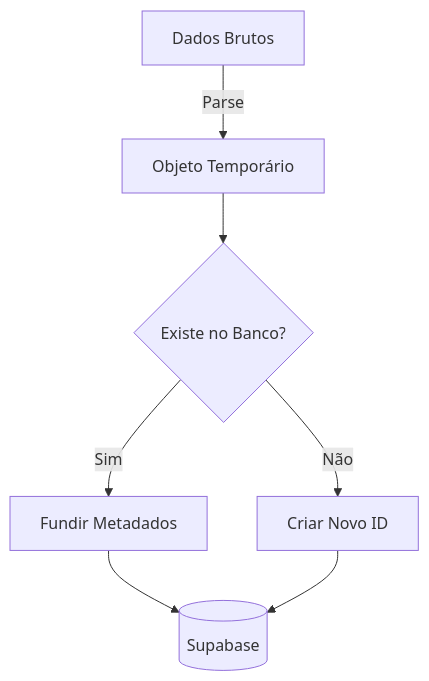
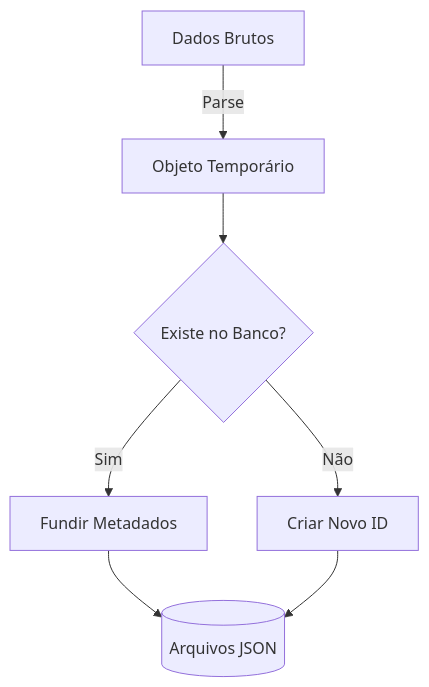
The second of 3 diagrams in docs/2 - implementacao/SI1-2 - identification/SI2-Analise.md (ifesserra-lab/horizon_dashboard), drawn with Mermaid before and after one commit. The commit also changed other lines of this file and 7 other files, not shown here.

````diff
--- a/docs/2 - implementacao/SI1-2 - identification/SI2-Analise.md
+++ b/docs/2 - implementacao/SI1-2 - identification/SI2-Analise.md
@@ -53,9 +52,9 @@
 ```mermaid
 flowchart TD
     Raw[Dados Brutos] -->|Parse| Staging[Objeto Temporário]
     Staging --> Match{Existe no Banco?}
     Match -->|Sim| Merge[Fundir Metadados]
     Match -->|Não| Create[Criar Novo ID]
-    Merge --> Persist[(Supabase)]
+    Merge --> Persist[(Arquivos JSON)]
     Create --> Persist
 ```
````
